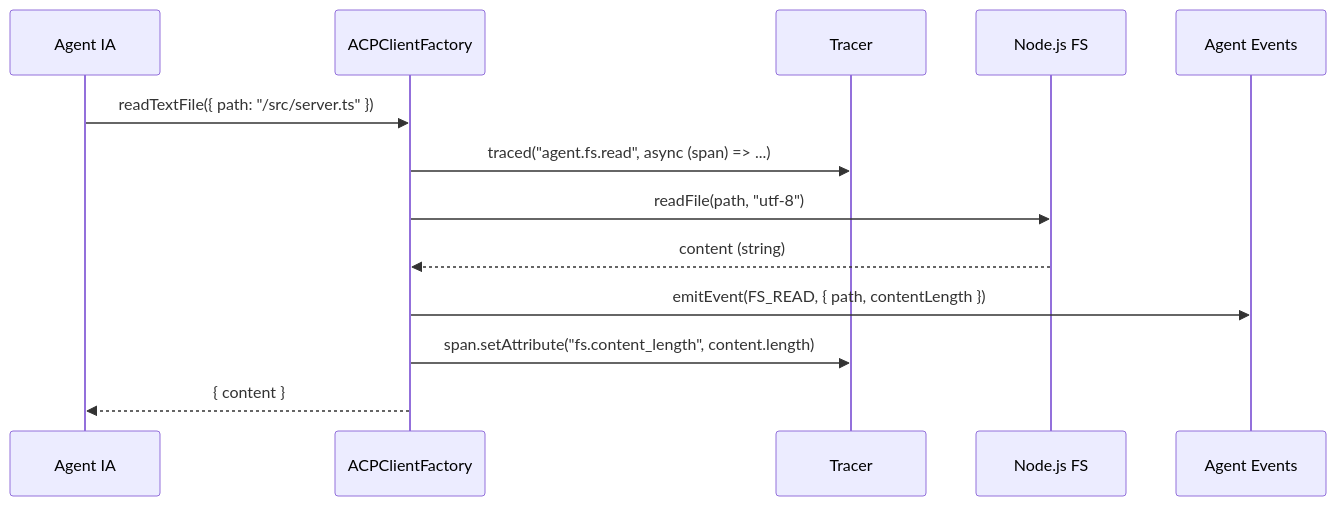
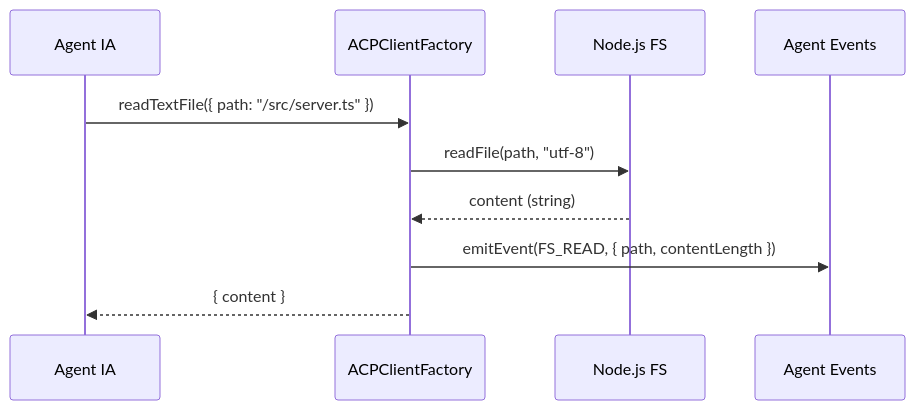
Before and after one commit to atinseau/stark: the fifth of 10 diagrams in docs/components/acp-client-factory.md, drawn with Mermaid. The commit also changed other lines of this file and 13 other files, not shown here.

````diff
--- a/docs/components/acp-client-factory.md
+++ b/docs/components/acp-client-factory.md
@@ -336,20 +267,15 @@
 ```mermaid
 sequenceDiagram
     participant ACP as Agent IA
     participant ACF as ACPClientFactory
-    participant T as Tracer
     participant FS as Node.js FS
     participant A as Agent Events
 
     ACP->>ACF: readTextFile({ path: "/src/server.ts" })
 
-    ACF->>T: traced("agent.fs.read", async (span) => ...)
-
     ACF->>FS: readFile(path, "utf-8")
     FS-->>ACF: content (string)
 
     ACF->>A: emitEvent(FS_READ, { path, contentLength })
-    ACF->>T: span.setAttribute("fs.content_length", content.length)
-
     ACF-->>ACP: { content }
 ```
````
